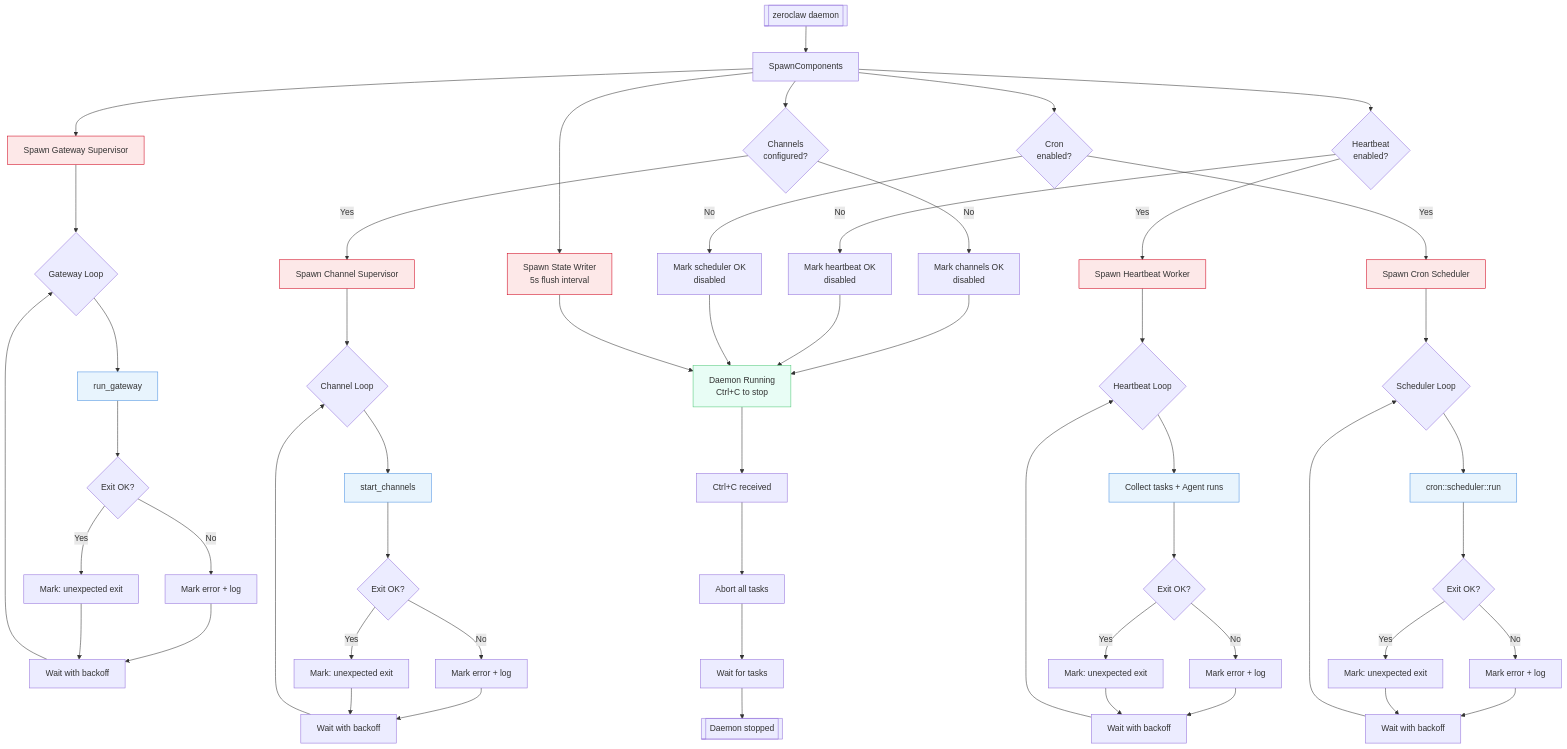
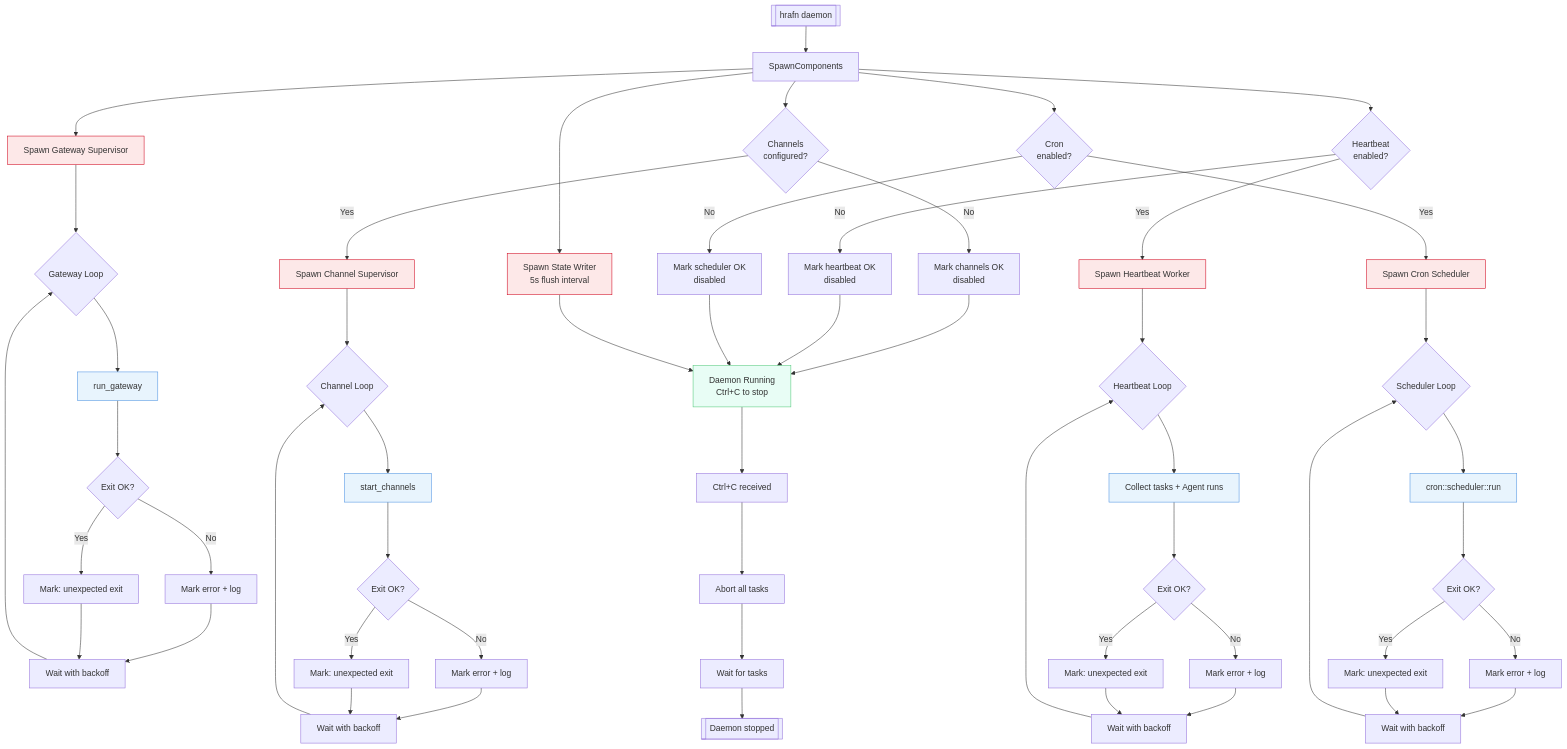
The fifth of 14 diagrams in docs/assets/architecture-diagrams.md (5queezer/hrafn), drawn with Mermaid before and after one commit. The commit also changed other lines of this file and 584 other files, not shown here.

````diff
--- a/docs/assets/architecture-diagrams.md
+++ b/docs/assets/architecture-diagrams.md
@@ -212,74 +212,74 @@
 ```mermaid
 flowchart TB
-    Start[[zeroclaw daemon]] --> SpawnComponents
+    Start[[hrafn daemon]] --> SpawnComponents
 
     SpawnComponents --> SpawnState[Spawn State Writer<br/>5s flush interval]
     SpawnComponents --> SpawnGateway[Spawn Gateway Supervisor]
     SpawnComponents --> SpawnChannels{Channels<br/>configured?}
     SpawnComponents --> SpawnHeartbeat{Heartbeat<br/>enabled?}
     SpawnComponents --> SpawnScheduler{Cron<br/>enabled?}
 
     SpawnChannels -->|Yes| SpawnChannelSup[Spawn Channel Supervisor]
     SpawnChannels -->|No| MarkChannelsOK[Mark channels OK<br/>disabled]
 
     SpawnHeartbeat -->|Yes| SpawnHeartbeatWorker[Spawn Heartbeat Worker]
     SpawnHeartbeat -->|No| MarkHeartbeatOK[Mark heartbeat OK<br/>disabled]
 
     SpawnScheduler -->|Yes| SpawnSchedulerWorker[Spawn Cron Scheduler]
     SpawnScheduler -->|No| MarkSchedulerOK[Mark scheduler OK<br/>disabled]
 
     SpawnGateway --> GatewayLoop{Gateway Loop}
     SpawnChannelSup --> ChannelLoop{Channel Loop}
     SpawnHeartbeatWorker --> HeartbeatLoop{Heartbeat Loop}
     SpawnSchedulerWorker --> SchedulerLoop{Scheduler Loop}
 
     GatewayLoop --> GatewayRun[run_gateway]
     GatewayRun --> GatewayExit{Exit OK?}
     GatewayExit -->|No| GatewayError[Mark error + log]
     GatewayExit -->|Yes| GatewayUnexpected[Mark: unexpected exit]
     GatewayError --> GatewayBackoff[Wait with backoff]
     GatewayUnexpected --> GatewayBackoff
     GatewayBackoff --> GatewayLoop
 
     ChannelLoop --> ChannelRun[start_channels]
     ChannelRun --> ChannelExit{Exit OK?}
     ChannelExit -->|No| ChannelError[Mark error + log]
     ChannelExit -->|Yes| ChannelUnexpected[Mark: unexpected exit]
     ChannelError --> ChannelBackoff[Wait with backoff]
     ChannelUnexpected --> ChannelBackoff
     ChannelBackoff --> ChannelLoop
 
     HeartbeatLoop --> HeartbeatRun[Collect tasks + Agent runs]
     HeartbeatRun --> HeartbeatExit{Exit OK?}
     HeartbeatExit -->|No| HeartbeatError[Mark error + log]
     HeartbeatExit -->|Yes| HeartbeatUnexpected[Mark: unexpected exit]
     HeartbeatError --> HeartbeatBackoff[Wait with backoff]
     HeartbeatUnexpected --> HeartbeatBackoff
     HeartbeatBackoff --> HeartbeatLoop
 
     SchedulerLoop --> SchedulerRun[cron::scheduler::run]
     SchedulerRun --> SchedulerExit{Exit OK?}
     SchedulerExit -->|No| SchedulerError[Mark error + log]
     SchedulerExit -->|Yes| SchedulerUnexpected[Mark: unexpected exit]
     SchedulerError --> SchedulerBackoff[Wait with backoff]
     SchedulerUnexpected --> SchedulerBackoff
     SchedulerBackoff --> SchedulerLoop
 
     MarkChannelsOK --> Running[Daemon Running<br/>Ctrl+C to stop]
     MarkHeartbeatOK --> Running
     MarkSchedulerOK --> Running
     SpawnState --> Running
 
     Running --> StopRequest[Ctrl+C received]
     StopRequest --> AbortAll[Abort all tasks]
     AbortAll --> JoinAll[Wait for tasks]
     JoinAll --> Done[[Daemon stopped]]
 
     classDef supervisor fill:#FDE8E8,stroke:#D0021B
     classDef running fill:#E8FDF5,stroke:#50C878
     classDef component fill:#E8F4FD,stroke:#4A90E2
 
     class SpawnGateway,SpawnChannelSup,SpawnHeartbeatWorker,SpawnSchedulerWorker,SpawnState supervisor
     class Running running
     class GatewayRun,ChannelRun,HeartbeatRun,SchedulerRun component
 ```
````
